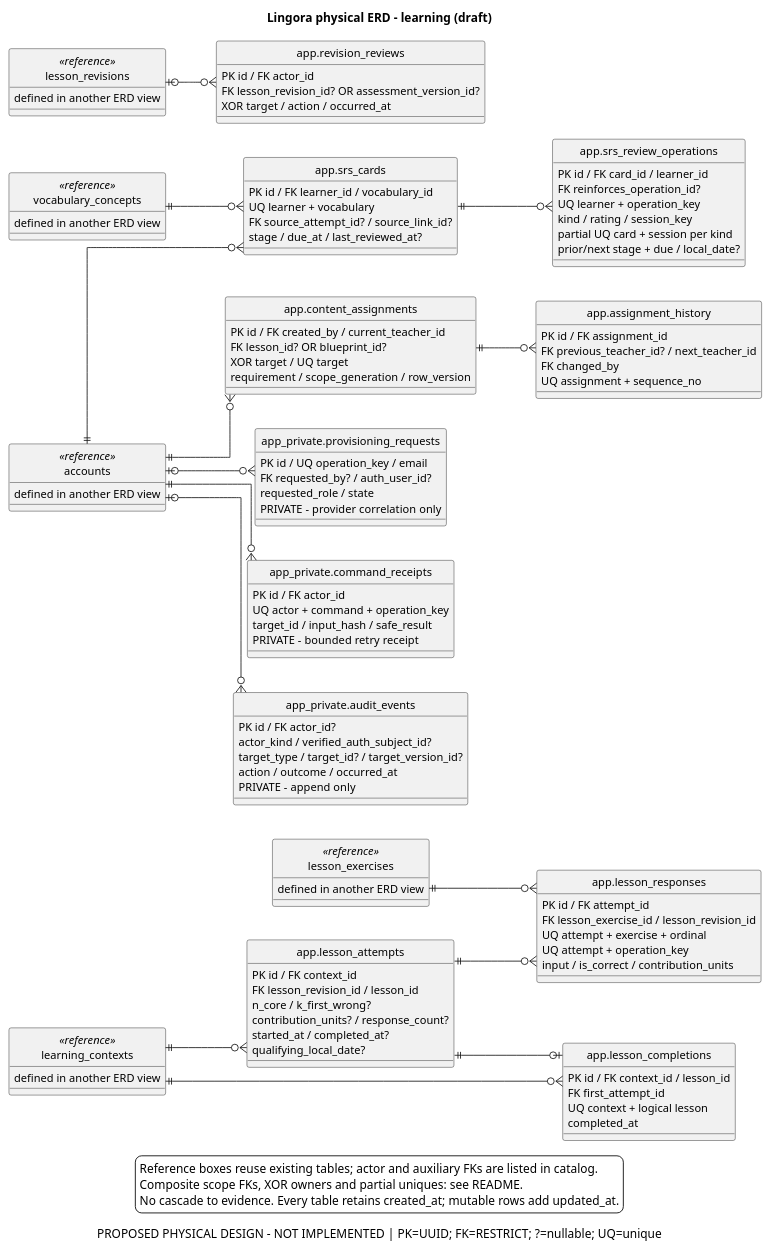
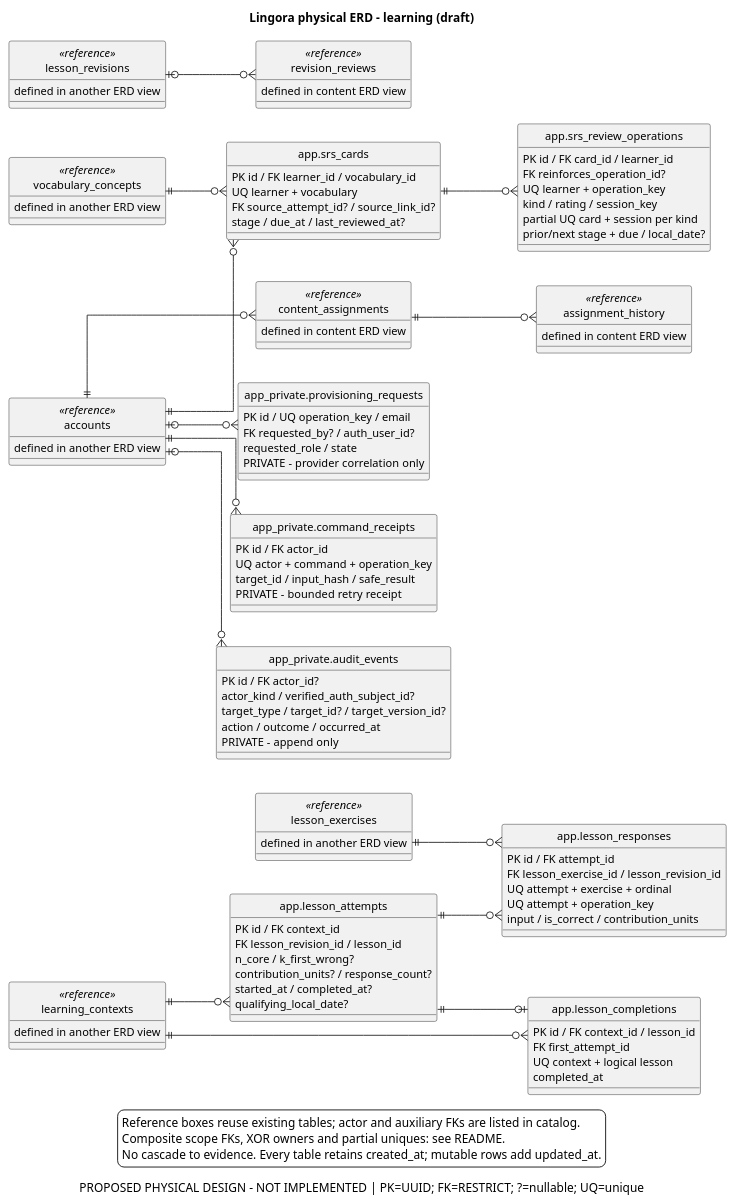
Before and after one commit to PhamNguyenThanhTung/lingora-workspace: the third of 4 diagrams in docs/design/physical/physical-erd.puml, drawn with PlantUML. The commit also changed other lines of this file and 28 other files, not shown here.

```diff
--- a/docs/design/physical/physical-erd.puml
+++ b/docs/design/physical/physical-erd.puml
@@ -199,120 +221,112 @@
 @startuml physical-erd-learning
 ' classification: PROPOSED PHYSICAL DESIGN - NOT IMPLEMENTED
 skinparam backgroundColor white
 skinparam monochrome true
 skinparam shadowing false
 skinparam defaultFontName Arial
 skinparam defaultFontSize 13
 skinparam linetype ortho
 skinparam nodesep 40
 skinparam ranksep 60
 hide circle
 left to right direction
 title Lingora physical ERD - learning (draft)
 caption PROPOSED PHYSICAL DESIGN - NOT IMPLEMENTED | PK=UUID; FK=RESTRICT; ?=nullable; UQ=unique
 entity "app.lesson_attempts" as lesson_attempts {
   PK id / FK context_id
   FK lesson_revision_id / lesson_id
   n_core / k_first_wrong?
   contribution_units? / response_count?
   started_at / completed_at?
   qualifying_local_date?
 }
 entity "app.lesson_responses" as lesson_responses {
   PK id / FK attempt_id
   FK lesson_exercise_id / lesson_revision_id
   UQ attempt + exercise + ordinal
   UQ attempt + operation_key
   input / is_correct / contribution_units
 }
 entity "app.lesson_completions" as lesson_completions {
   PK id / FK context_id / lesson_id
   FK first_attempt_id
   UQ context + logical lesson
   completed_at
 }
 entity "app.srs_cards" as srs_cards {
   PK id / FK learner_id / vocabulary_id
   UQ learner + vocabulary
   FK source_attempt_id? / source_link_id?
   stage / due_at / last_reviewed_at?
 }
 entity "app.srs_review_operations" as srs_review_operations {
   PK id / FK card_id / learner_id
   FK reinforces_operation_id?
   UQ learner + operation_key
   kind / rating / session_key
   partial UQ card + session per kind
   prior/next stage + due / local_date?
 }
-entity "app.content_assignments" as content_assignments {
-  PK id / FK created_by / current_teacher_id
-  FK lesson_id? OR blueprint_id?
-  XOR target / UQ target
-  requirement / scope_generation / row_version
+entity "content_assignments" as content_assignments <<reference>> {
+  defined in content ERD view
 }
-entity "app.assignment_history" as assignment_history {
-  PK id / FK assignment_id
-  FK previous_teacher_id? / next_teacher_id
-  FK changed_by
-  UQ assignment + sequence_no
+entity "assignment_history" as assignment_history <<reference>> {
+  defined in content ERD view
 }
-entity "app.revision_reviews" as revision_reviews {
-  PK id / FK actor_id
-  FK lesson_revision_id? OR assessment_version_id?
-  XOR target / action / occurred_at
+entity "revision_reviews" as revision_reviews <<reference>> {
+  defined in content ERD view
 }
 entity "app_private.provisioning_requests" as provisioning_requests {
   PK id / UQ operation_key / email
   FK requested_by? / auth_user_id?
   requested_role / state
   PRIVATE - provider correlation only
 }
 entity "app_private.command_receipts" as command_receipts {
   PK id / FK actor_id
   UQ actor + command + operation_key
   target_id / input_hash / safe_result
   PRIVATE - bounded retry receipt
 }
 entity "app_private.audit_events" as audit_events {
   PK id / FK actor_id?
   actor_kind / verified_auth_subject_id?
   target_type / target_id? / target_version_id?
   action / outcome / occurred_at
   PRIVATE - append only
 }
 entity "accounts" as accounts <<reference>> {
   defined in another ERD view
 }
 entity "learning_contexts" as learning_contexts <<reference>> {
   defined in another ERD view
 }
 entity "lesson_revisions" as lesson_revisions <<reference>> {
   defined in another ERD view
 }
 entity "lesson_exercises" as lesson_exercises <<reference>> {
   defined in another ERD view
 }
 entity "vocabulary_concepts" as vocabulary_concepts <<reference>> {
   defined in another ERD view
 }
 learning_contexts ||--o{ lesson_attempts
 lesson_attempts ||--o{ lesson_responses
 lesson_exercises ||--o{ lesson_responses
 learning_contexts ||--o{ lesson_completions
 lesson_attempts ||--o| lesson_completions
 accounts ||--o{ srs_cards
 vocabulary_concepts ||--o{ srs_cards
 srs_cards ||--o{ srs_review_operations
 content_assignments ||--o{ assignment_history
 lesson_revisions |o--o{ revision_reviews
 accounts ||--o{ content_assignments
 accounts |o--o{ audit_events
 accounts ||--o{ command_receipts
 accounts |o--o{ provisioning_requests
 legend bottom
 Reference boxes reuse existing tables; actor and auxiliary FKs are listed in catalog.
 Composite scope FKs, XOR owners and partial uniques: see README.
 No cascade to evidence. Every table retains created_at; mutable rows add updated_at.
 endlegend
 @enduml
```
